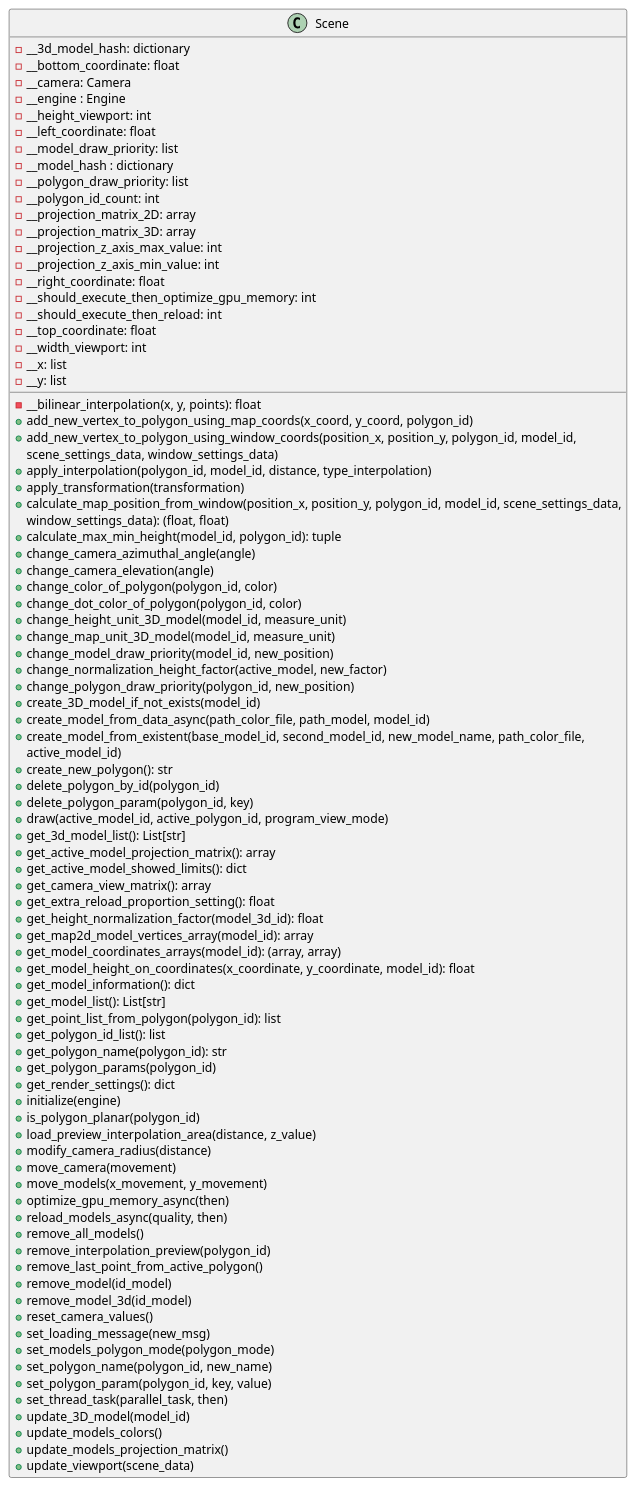
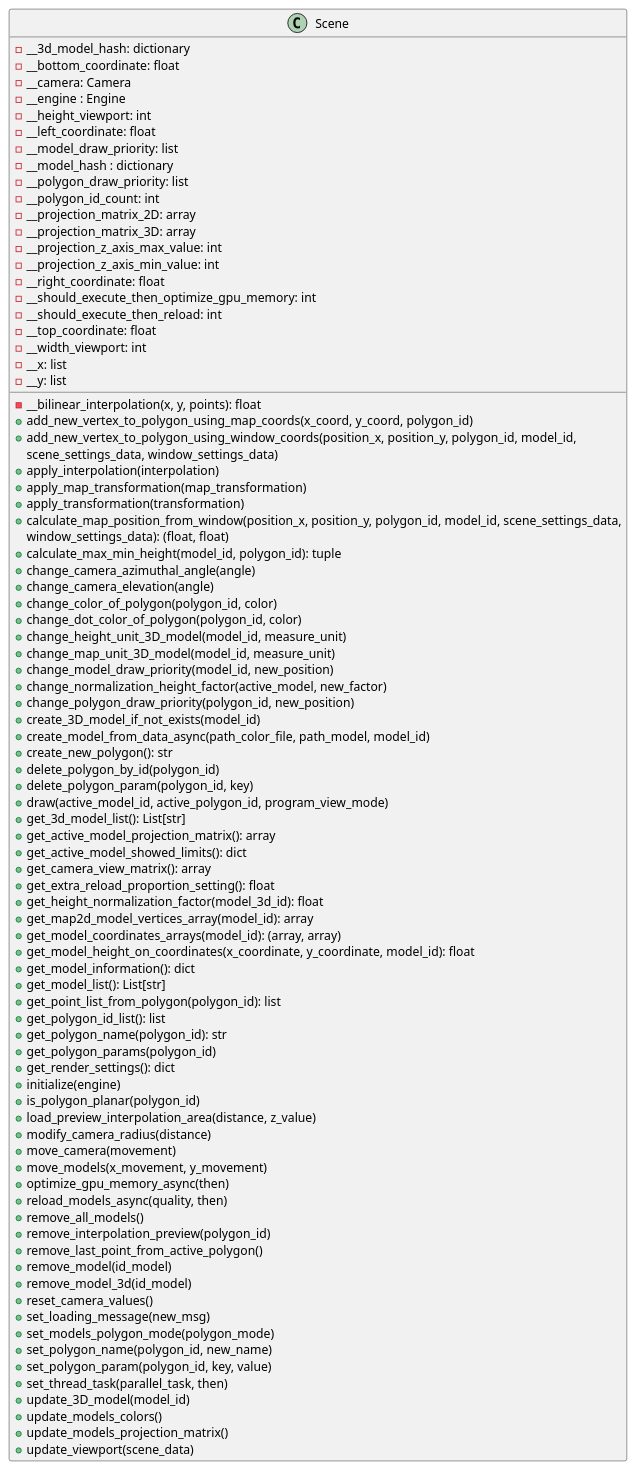
The diagram in docs/classes/Scene.puml (ferpoble2/Relief_Creator), drawn with PlantUML before and after one commit. The commit also changed 36 other files, not shown here.

First line of the commit message:
Added map_transformation module. (#13)

```diff
--- a/docs/classes/Scene.puml
+++ b/docs/classes/Scene.puml
@@ -1,91 +1,90 @@
 @startuml
     class Scene{
         - __bilinear_interpolation(x, y, points): float
         + add_new_vertex_to_polygon_using_map_coords(x_coord, y_coord, polygon_id)
         + add_new_vertex_to_polygon_using_window_coords(position_x, position_y, polygon_id, model_id,
                                                         scene_settings_data, window_settings_data)
-        + apply_interpolation(polygon_id, model_id, distance, type_interpolation)
+        + apply_interpolation(interpolation)
+        + apply_map_transformation(map_transformation)
         + apply_transformation(transformation)
         + calculate_map_position_from_window(position_x, position_y, polygon_id, model_id, scene_settings_data,
                                                window_settings_data): (float, float)
         + calculate_max_min_height(model_id, polygon_id): tuple
         + change_camera_azimuthal_angle(angle)
         + change_camera_elevation(angle)
         + change_color_of_polygon(polygon_id, color)
         + change_dot_color_of_polygon(polygon_id, color)
         + change_height_unit_3D_model(model_id, measure_unit)
         + change_map_unit_3D_model(model_id, measure_unit)
         + change_model_draw_priority(model_id, new_position)
         + change_normalization_height_factor(active_model, new_factor)
         + change_polygon_draw_priority(polygon_id, new_position)
         + create_3D_model_if_not_exists(model_id)
         + create_model_from_data_async(path_color_file, path_model, model_id)
-        + create_model_from_existent(base_model_id, second_model_id, new_model_name, path_color_file,
-                                      active_model_id)
         + create_new_polygon(): str
         + delete_polygon_by_id(polygon_id)
         + delete_polygon_param(polygon_id, key)
         + draw(active_model_id, active_polygon_id, program_view_mode)
         + get_3d_model_list(): List[str]
         + get_active_model_projection_matrix(): array
         + get_active_model_showed_limits(): dict
         + get_camera_view_matrix(): array
         + get_extra_reload_proportion_setting(): float
         + get_height_normalization_factor(model_3d_id): float
         + get_map2d_model_vertices_array(model_id): array
         + get_model_coordinates_arrays(model_id): (array, array)
         + get_model_height_on_coordinates(x_coordinate, y_coordinate, model_id): float
         + get_model_information(): dict
         + get_model_list(): List[str]
         + get_point_list_from_polygon(polygon_id): list
         + get_polygon_id_list(): list
         + get_polygon_name(polygon_id): str
         + get_polygon_params(polygon_id)
         + get_render_settings(): dict
         + initialize(engine)
         + is_polygon_planar(polygon_id)
         + load_preview_interpolation_area(distance, z_value)
         + modify_camera_radius(distance)
         + move_camera(movement)
         + move_models(x_movement, y_movement)
         + optimize_gpu_memory_async(then)
         + reload_models_async(quality, then)
         + remove_all_models()
         + remove_interpolation_preview(polygon_id)
         + remove_last_point_from_active_polygon()
         + remove_model(id_model)
         + remove_model_3d(id_model)
         + reset_camera_values()
         + set_loading_message(new_msg)
         + set_models_polygon_mode(polygon_mode)
         + set_polygon_name(polygon_id, new_name)
         + set_polygon_param(polygon_id, key, value)
         + set_thread_task(parallel_task, then)
         + update_3D_model(model_id)
         + update_models_colors()
         + update_models_projection_matrix()
         + update_viewport(scene_data)
 
         - __3d_model_hash: dictionary
         - __bottom_coordinate: float
         - __camera: Camera
         - __engine : Engine
         - __height_viewport: int
         - __left_coordinate: float
         - __model_draw_priority: list
         - __model_hash : dictionary
         - __polygon_draw_priority: list
         - __polygon_id_count: int
         - __projection_matrix_2D: array
         - __projection_matrix_3D: array
         - __projection_z_axis_max_value: int
         - __projection_z_axis_min_value: int
         - __right_coordinate: float
         - __should_execute_then_optimize_gpu_memory: int
         - __should_execute_then_reload: int
         - __top_coordinate: float
         - __width_viewport: int
         - __x: list
         - __y: list
     }
 @enduml
```
